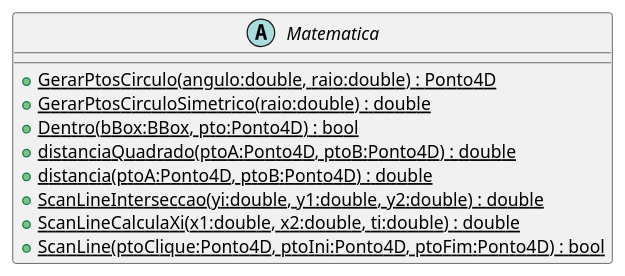
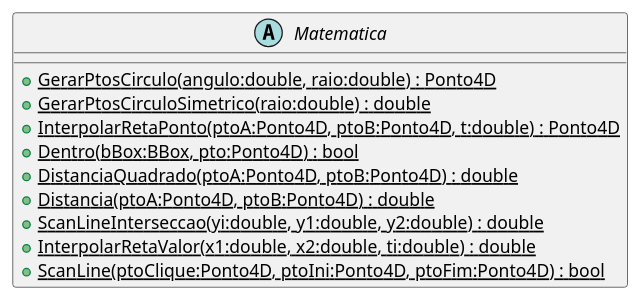
One commit to gcgfurb/disciplinaCg_2024-1_not_equipe-13 changed the diagram in CG_Biblioteca/plantuml/Matematica.puml. Above: the diagram before and after it, drawn with PlantUML. The commit also changed 103 other files, not shown here.

```diff
--- a/CG_Biblioteca/plantuml/Matematica.puml
+++ b/CG_Biblioteca/plantuml/Matematica.puml
@@ -1,12 +1,13 @@
 @startuml
 abstract class Matematica {
     + {static} GerarPtosCirculo(angulo:double, raio:double) : Ponto4D
     + {static} GerarPtosCirculoSimetrico(raio:double) : double
+    + {static} InterpolarRetaPonto(ptoA:Ponto4D, ptoB:Ponto4D, t:double) : Ponto4D
     + {static} Dentro(bBox:BBox, pto:Ponto4D) : bool
-    + {static} distanciaQuadrado(ptoA:Ponto4D, ptoB:Ponto4D) : double
-    + {static} distancia(ptoA:Ponto4D, ptoB:Ponto4D) : double
+    + {static} DistanciaQuadrado(ptoA:Ponto4D, ptoB:Ponto4D) : double
+    + {static} Distancia(ptoA:Ponto4D, ptoB:Ponto4D) : double
     + {static} ScanLineInterseccao(yi:double, y1:double, y2:double) : double
-    + {static} ScanLineCalculaXi(x1:double, x2:double, ti:double) : double
+    + {static} InterpolarRetaValor(x1:double, x2:double, ti:double) : double
     + {static} ScanLine(ptoClique:Ponto4D, ptoIni:Ponto4D, ptoFim:Ponto4D) : bool
 }
 @enduml
```
